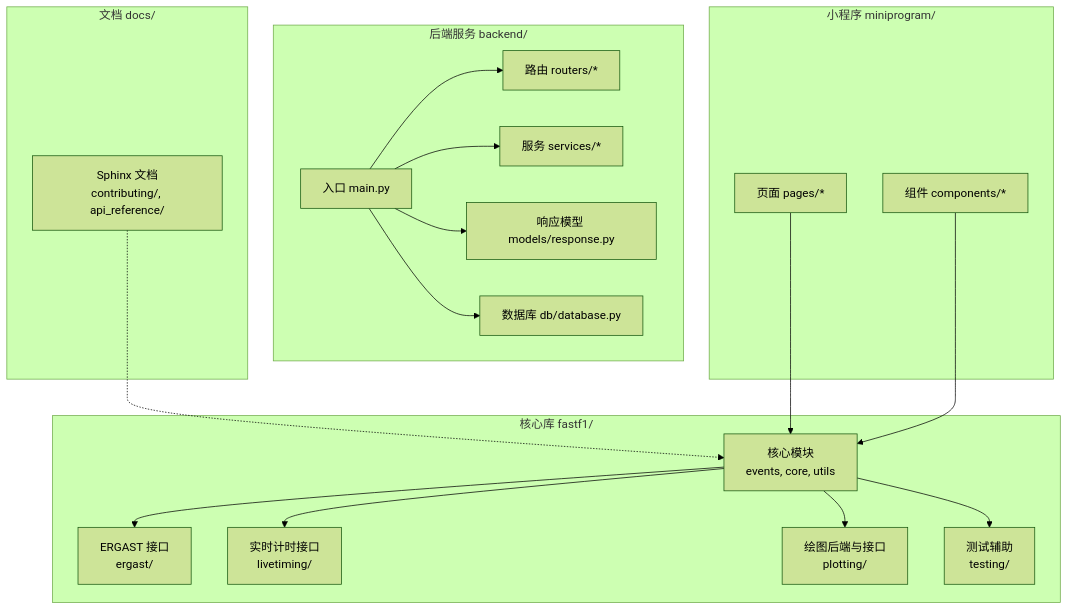
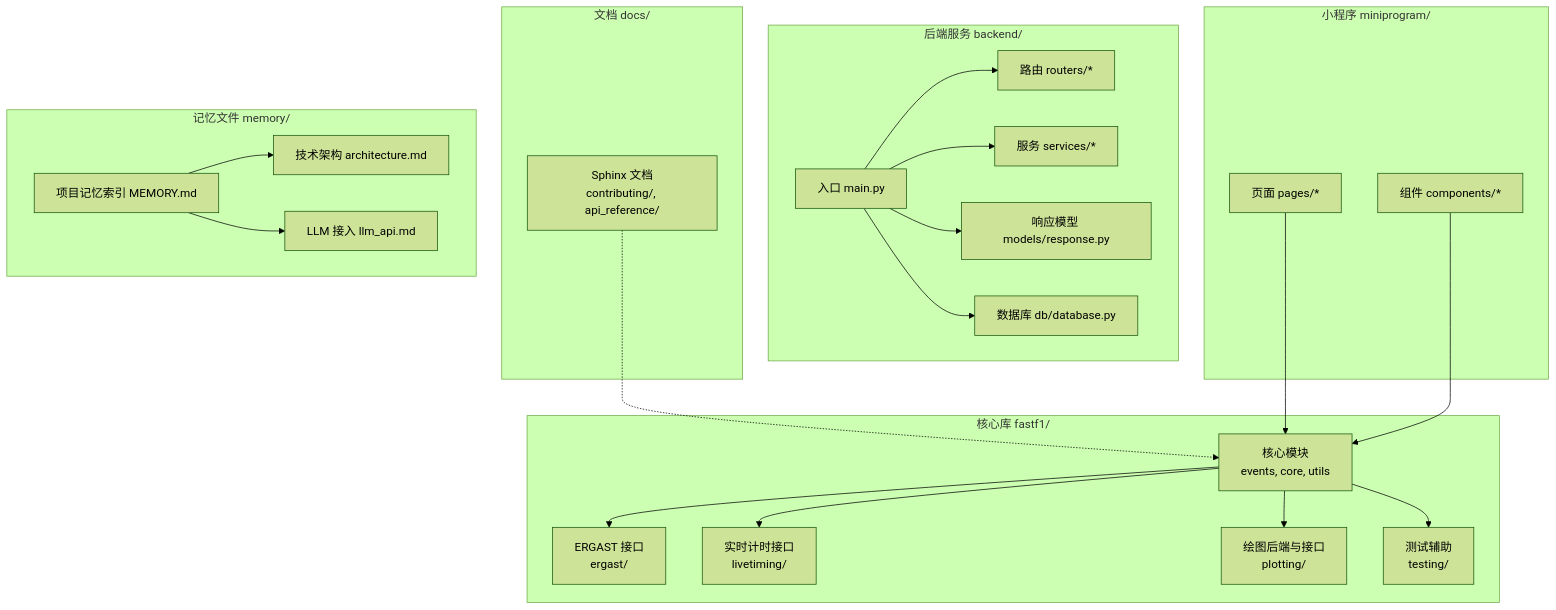
One commit to jianai0330/Fast-F1 changed the first of 7 diagrams in .qoder/repowiki/zh/content/开发者指南/开发者指南.md. Above: the diagram before and after it, drawn with Mermaid (forest theme). The commit also changed other lines of this file and 22 other files, not shown here.

````diff
--- a/.qoder/repowiki/zh/content/开发者指南/开发者指南.md
+++ b/.qoder/repowiki/zh/content/开发者指南/开发者指南.md
@@ -49,35 +66,42 @@
 ```mermaid
 graph TB
 subgraph "核心库 fastf1/"
 CORE["核心模块<br/>events, core, utils"]
 ERGAST["ERGAST 接口<br/>ergast/"]
 LIVETIMING["实时计时接口<br/>livetiming/"]
 PLOTTING["绘图后端与接口<br/>plotting/"]
 TESTING["测试辅助<br/>testing/"]
 end
 subgraph "文档 docs/"
 DOCS["Sphinx 文档<br/>contributing/, api_reference/"]
 end
 subgraph "后端服务 backend/"
 MAIN["入口 main.py"]
 MODELS["响应模型 models/response.py"]
 ROUTERS["路由 routers/*"]
 SERVICES["服务 services/*"]
 DB["数据库 db/database.py"]
 end
 subgraph "小程序 miniprogram/"
 MPAGES["页面 pages/*"]
 MCOMP["组件 components/*"]
 end
+subgraph "记忆文件 memory/"
+MEM["项目记忆索引 MEMORY.md"]
+ARCH["技术架构 architecture.md"]
+LLM["LLM 接入 llm_api.md"]
+end
 CORE --> ERGAST
 CORE --> LIVETIMING
 CORE --> PLOTTING
 CORE --> TESTING
 DOCS -.-> CORE
 MAIN --> ROUTERS
 MAIN --> SERVICES
 MAIN --> MODELS
 MAIN --> DB
 MPAGES --> CORE
 MCOMP --> CORE
+MEM --> ARCH
+MEM --> LLM
 ```
````
